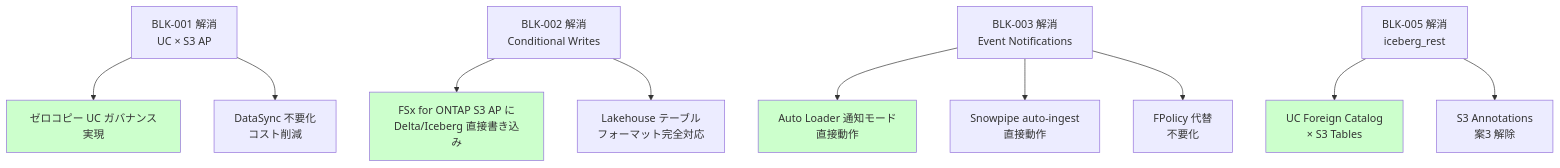
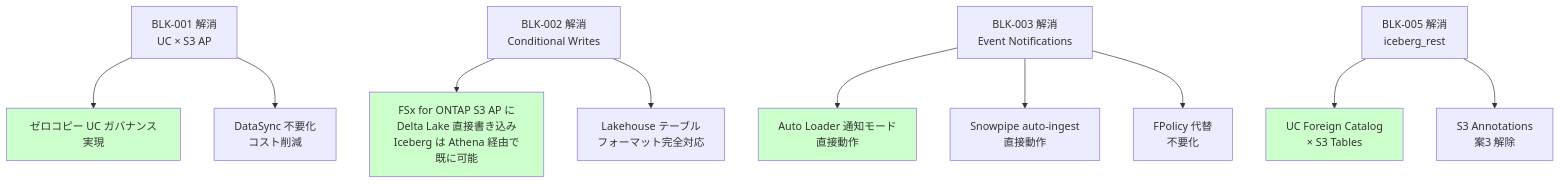
The first of 2 diagrams in docs/ja/blocker-tracker.md (Yoshiki0705/fsxn-lakehouse-integrations), drawn with Mermaid before and after one commit. The commit also changed other lines of this file and 125 other files, not shown here.

````diff
--- a/docs/ja/blocker-tracker.md
+++ b/docs/ja/blocker-tracker.md
@@ -214,20 +277,20 @@
 ```mermaid
 graph TD
     BLK001[BLK-001 解消<br/>UC × S3 AP] --> Z1[ゼロコピー UC ガバナンス実現]
     BLK001 --> Z2[DataSync 不要化<br/>コスト削減]
     
-    BLK002[BLK-002 解消<br/>Conditional Writes] --> W1[FSx for ONTAP S3 AP に<br/>Delta/Iceberg 直接書き込み]
+    BLK002[BLK-002 解消<br/>Conditional Writes] --> W1[FSx for ONTAP S3 AP に<br/>Delta Lake 直接書き込み<br/>Iceberg は Athena 経由で既に可能]
     BLK002 --> W2[Lakehouse テーブル<br/>フォーマット完全対応]
     
     BLK003[BLK-003 解消<br/>Event Notifications] --> E1[Auto Loader 通知モード<br/>直接動作]
     BLK003 --> E2[Snowpipe auto-ingest<br/>直接動作]
     BLK003 --> E3[FPolicy 代替<br/>不要化]
     
     BLK005[BLK-005 解消<br/>iceberg_rest] --> I1[UC Foreign Catalog<br/>× S3 Tables]
     BLK005 --> I2[S3 Annotations<br/>案3 解除]
     
     style Z1 fill:#ccffcc
     style W1 fill:#ccffcc
     style E1 fill:#ccffcc
     style I1 fill:#ccffcc
 ```
````
